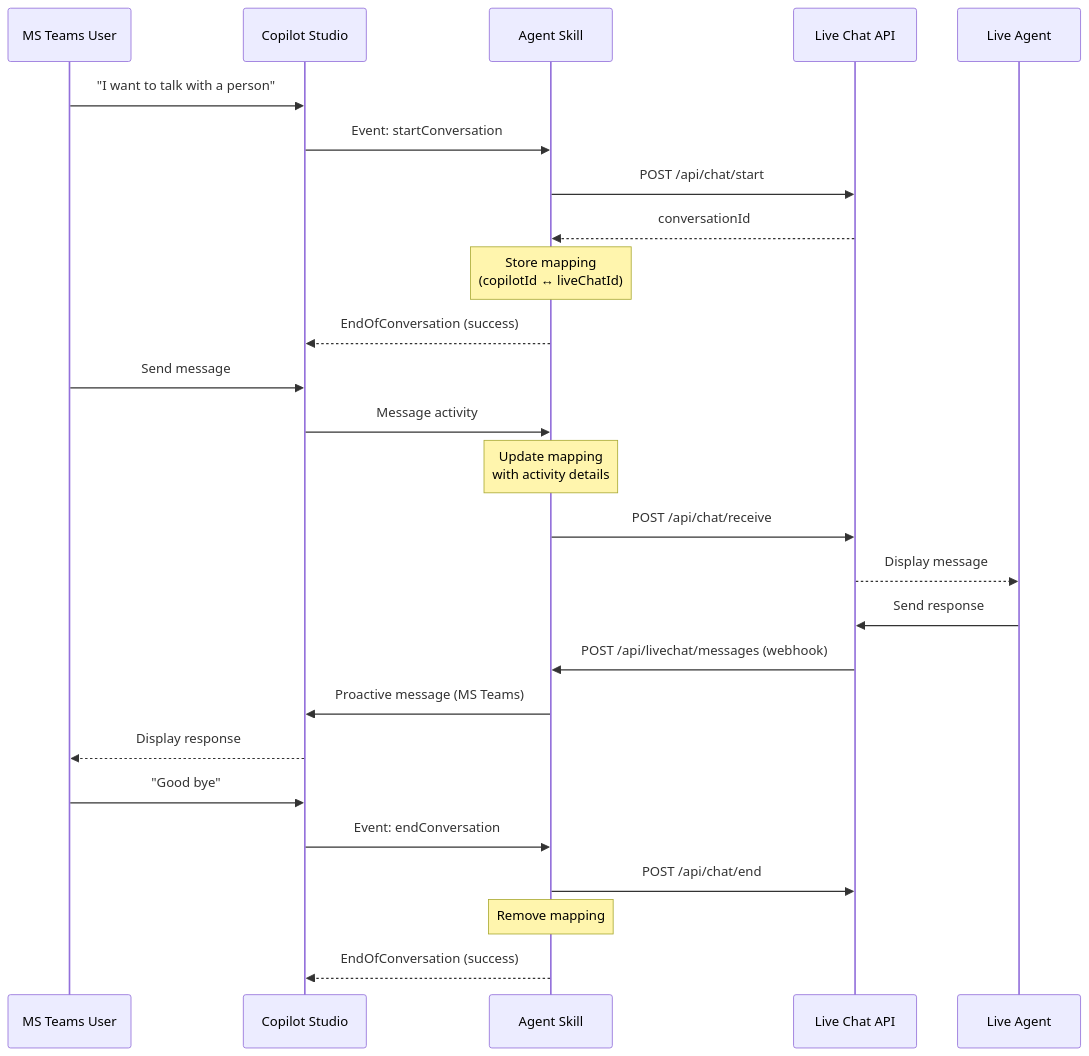
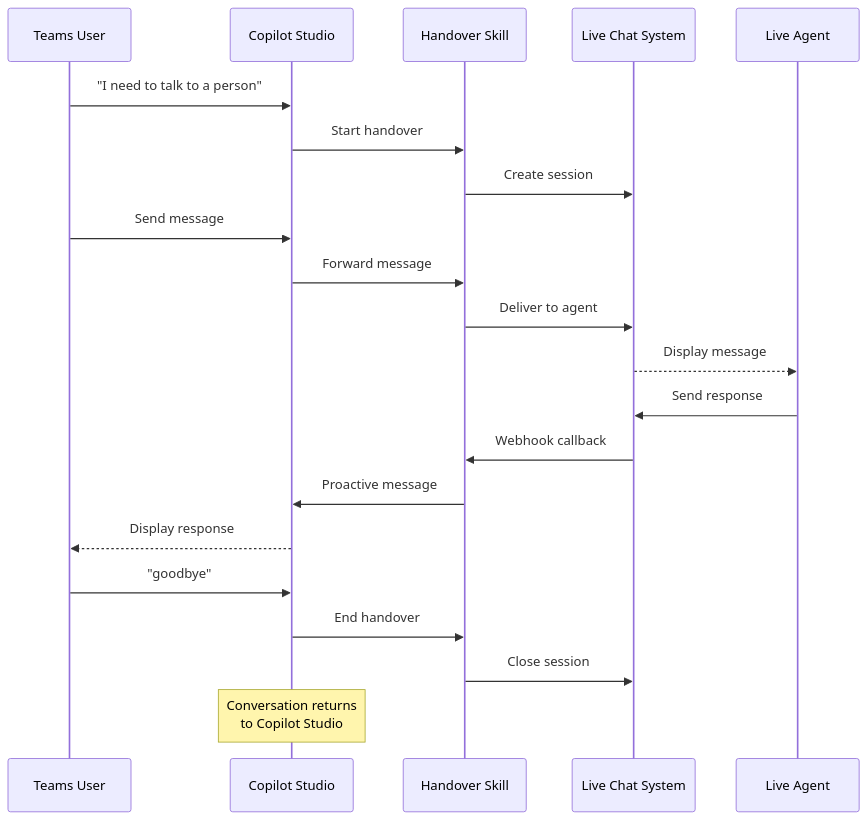
Before and after one commit to microsoft/mcscatblog: the diagram in _posts/2025-11-27-copilot-studio-handover-live-agent.md, drawn with Mermaid. The commit also changed other lines of this file and 1 other file, not shown here.

Commit message:
handover post

````diff
--- a/_posts/2025-11-27-copilot-studio-handover-live-agent.md
+++ b/_posts/2025-11-27-copilot-studio-handover-live-agent.md
@@ -75,32 +55,27 @@
 ```mermaid
 sequenceDiagram
-    participant User as MS Teams User
-    participant CS as Copilot Studio
-    participant Skill as Agent Skill
-    participant LC as Live Chat API
-    participant Agent as Live Agent
+    participant User as Teams User
+    participant Agent as Copilot Studio
+    participant Skill as Handover Skill
+    participant LC as Live Chat System
+    participant Human as Live Agent
     
-    User->>CS: "I want to talk with a person"
-    CS->>Skill: Event: startConversation
-    Skill->>LC: POST /api/chat/start
-    LC-->>Skill: conversationId
-    Note over Skill: Store mapping<br/>(copilotId ↔ liveChatId)
-    Skill-->>CS: EndOfConversation (success)
+    User->>Agent: "I need to talk to a person"
+    Agent->>Skill: Start handover
+    Skill->>LC: Create session
     
-    User->>CS: Send message
-    CS->>Skill: Message activity
-    Note over Skill: Update mapping<br/>with activity details
-    Skill->>LC: POST /api/chat/receive
-    LC-->>Agent: Display message
+    User->>Agent: Send message
+    Agent->>Skill: Forward message
+    Skill->>LC: Deliver to agent
+    LC-->>Human: Display message
     
-    Agent->>LC: Send response
-    LC->>Skill: POST /api/livechat/messages (webhook)
-    Skill->>CS: Proactive message (MS Teams)
-    CS-->>User: Display response
+    Human->>LC: Send response
+    LC->>Skill: Webhook callback
+    Skill->>Agent: Proactive message
+    Agent-->>User: Display response
     
-    User->>CS: "Good bye"
-    CS->>Skill: Event: endConversation
-    Skill->>LC: POST /api/chat/end
-    Note over Skill: Remove mapping
-    Skill-->>CS: EndOfConversation (success)
+    User->>Agent: "goodbye"
+    Agent->>Skill: End handover
+    Skill->>LC: Close session
+    Note over Agent: Conversation returns<br/>to Copilot Studio
 ```
````
